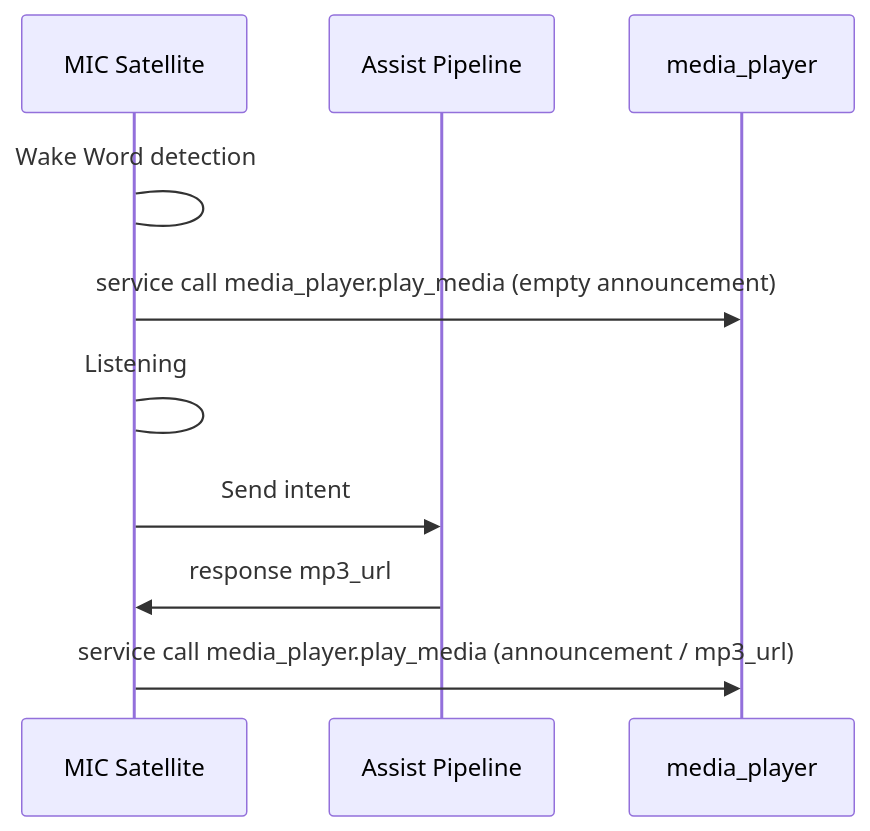
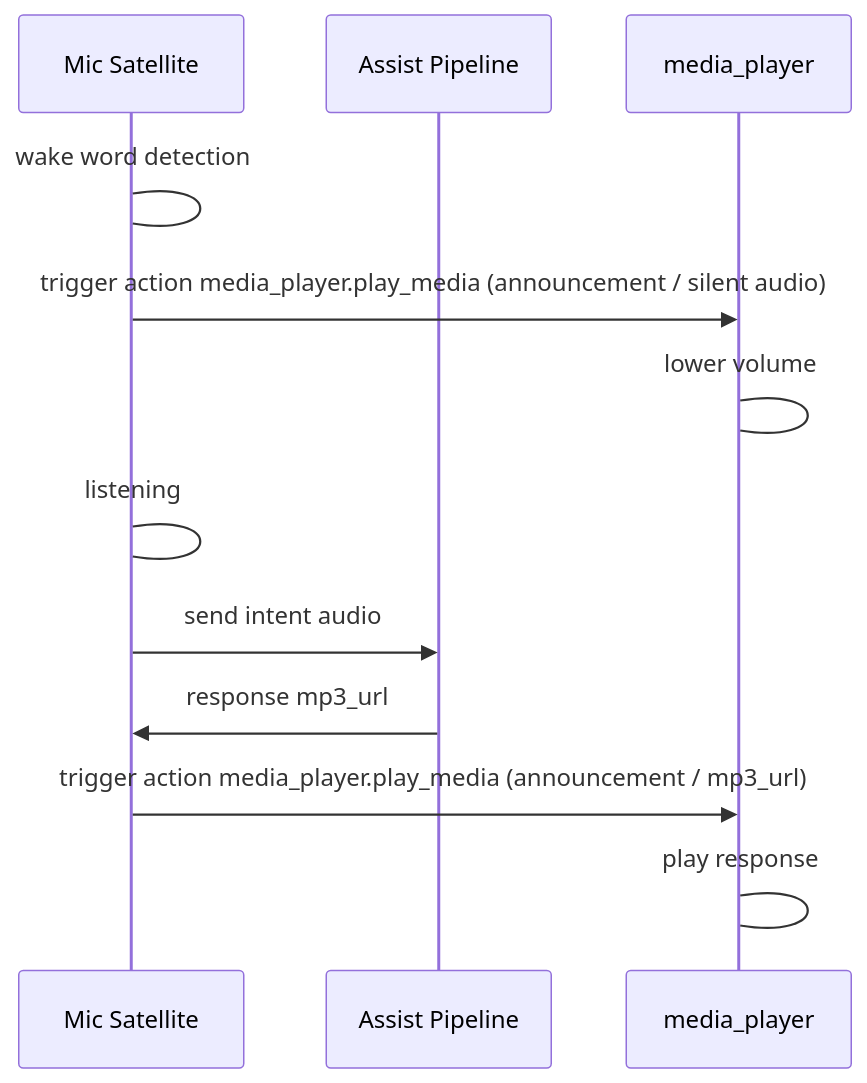
One commit to MrWyss/ha-assist-mic-satellite changed the diagram in README.md. Above: the diagram before and after it, drawn with Mermaid.

Commit message:
improved mermaid simplified process

````diff
--- a/README.md
+++ b/README.md
@@ -126,12 +126,14 @@
 ```mermaid
 sequenceDiagram
-    participant MIC Satellite
+    participant Mic Satellite
     participant Assist Pipeline
     participant media_player
-    MIC Satellite->MIC Satellite: Wake Word detection
-    MIC Satellite->>media_player: service call media_player.play_media (empty announcement)
-    MIC Satellite->MIC Satellite: Listening  
-    MIC Satellite->>Assist Pipeline: Send intent
-    Assist Pipeline->>MIC Satellite: response mp3_url
-    MIC Satellite->>media_player: service call media_player.play_media (announcement / mp3_url)
+    Mic Satellite->Mic Satellite: wake word detection
+    Mic Satellite->>media_player: trigger action media_player.play_media (announcement / silent audio)
+    media_player->media_player: lower volume
+    Mic Satellite->Mic Satellite: listening  
+    Mic Satellite->>Assist Pipeline: send intent audio
+    Assist Pipeline->>Mic Satellite: response mp3_url
+    Mic Satellite->>media_player: trigger action media_player.play_media (announcement / mp3_url)
+    media_player->media_player: play response
 ```
````
